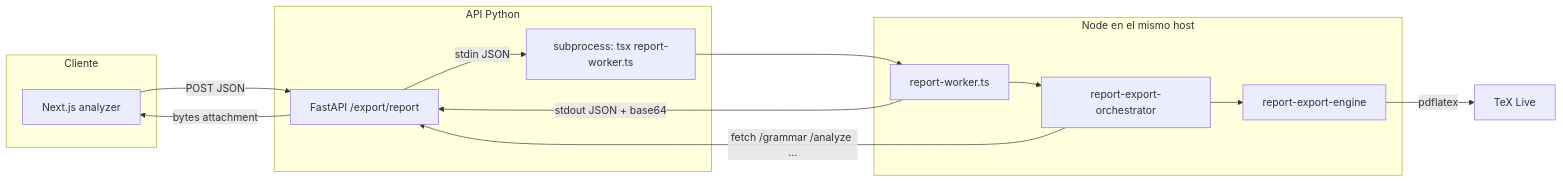
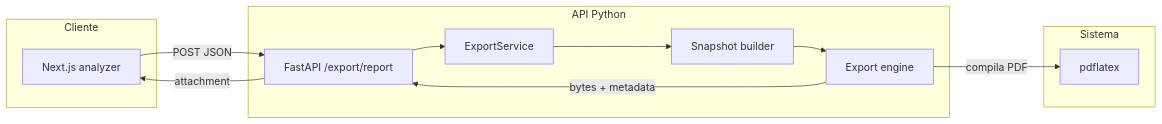
One commit to Cruz1122/aalie changed the diagram in docs/reports-export-infrastructure.md. Above: the diagram before and after it, drawn with Mermaid. The commit also changed other lines of this file and 92 other files, not shown here.

First line of the commit message:
refactor: Remove report-export-engine and orchestrator packages, streamline export process

````diff
--- a/docs/reports-export-infrastructure.md
+++ b/docs/reports-export-infrastructure.md
@@ -15,24 +13,22 @@
 ```mermaid
 flowchart LR
   subgraph client [Cliente]
     Web[Next.js analyzer]
   end
   subgraph api [API Python]
     FastAPI[FastAPI /export/report]
-    Subproc[subprocess: tsx report-worker.ts]
+    Service[ExportService]
+    Snapshot[Snapshot builder]
+    Engine[Export engine]
   end
-  subgraph node [Node en el mismo host]
-    Worker[report-worker.ts]
-    Orch[report-export-orchestrator]
-    Engine[report-export-engine]
+  subgraph tex [Sistema]
+    PdfLatex[pdflatex]
   end
   Web -->|POST JSON| FastAPI
-  FastAPI -->|stdin JSON| Subproc
-  Subproc --> Worker
-  Worker --> Orch
-  Orch -->|fetch /grammar /analyze ...| FastAPI
-  Orch --> Engine
-  Engine -->|pdflatex| System[TeX Live]
-  Worker -->|stdout JSON + base64| FastAPI
-  FastAPI -->|bytes attachment| Web
+  FastAPI --> Service
+  Service --> Snapshot
+  Snapshot --> Engine
+  Engine -->|compila PDF| PdfLatex
+  Engine -->|bytes + metadata| FastAPI
+  FastAPI -->|attachment| Web
 ```
````
